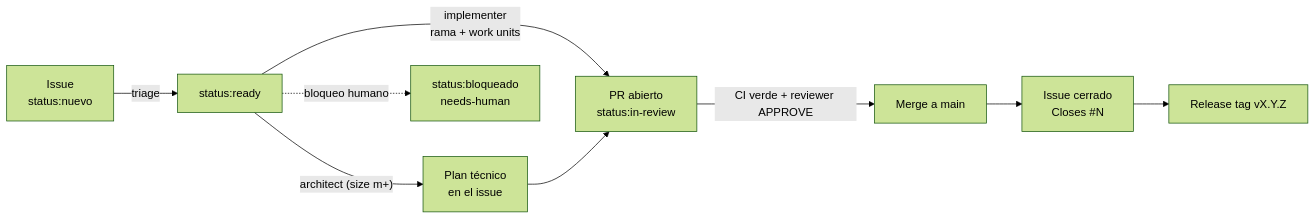
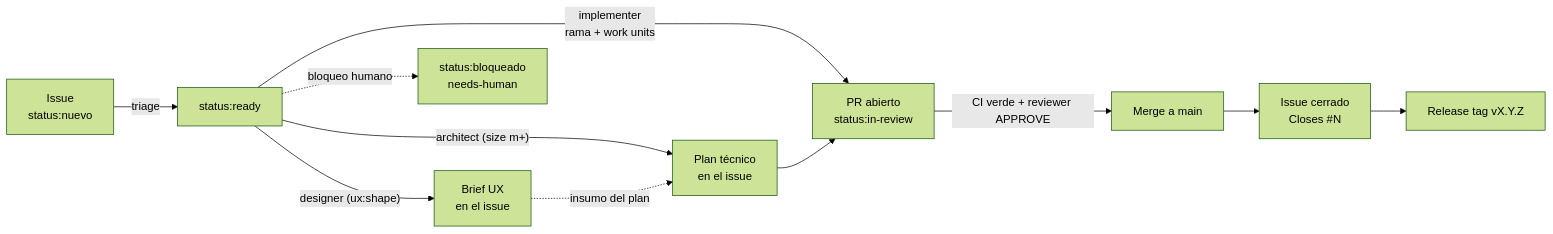
One commit to tiagofur/imalive changed the diagram in docs/procesos/flujo-desarrollo.md. Above: the diagram before and after it, drawn with Mermaid (forest theme). The commit also changed other lines of this file and 12 other files, not shown here.

````diff
--- a/docs/procesos/flujo-desarrollo.md
+++ b/docs/procesos/flujo-desarrollo.md
@@ -7,11 +7,13 @@
 ```mermaid
 flowchart LR
     A["Issue<br/>status:nuevo"] -->|triage| B["status:ready"]
+    B -->|"designer (ux:shape)"| U["Brief UX<br/>en el issue"]
     B -->|"architect (size m+)"| P["Plan técnico<br/>en el issue"]
     B -->|"implementer<br/>rama + work units"| C["PR abierto<br/>status:in-review"]
+    U -.->|"insumo del plan"| P
     P --> C
     C -->|"CI verde + reviewer APPROVE"| D["Merge a main"]
     D --> E["Issue cerrado<br/>Closes #N"]
     E --> F["Release tag vX.Y.Z"]
     B -.->|"bloqueo humano"| X["status:bloqueado<br/>needs-human"]
 ```
````
